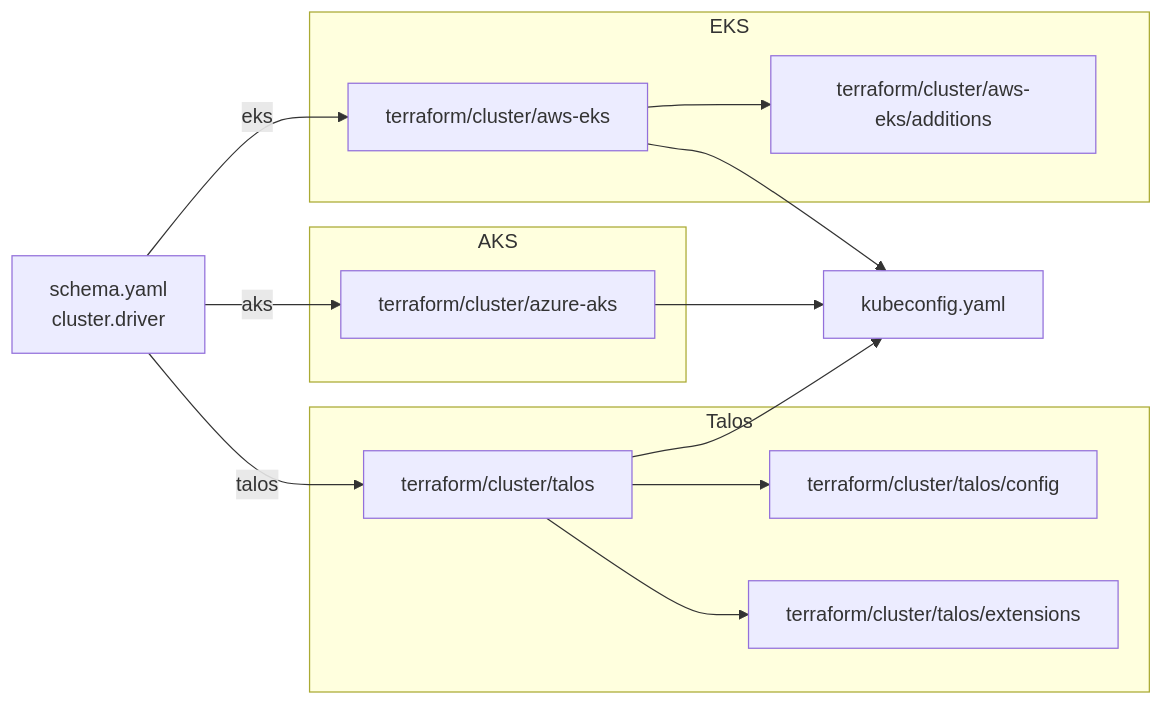
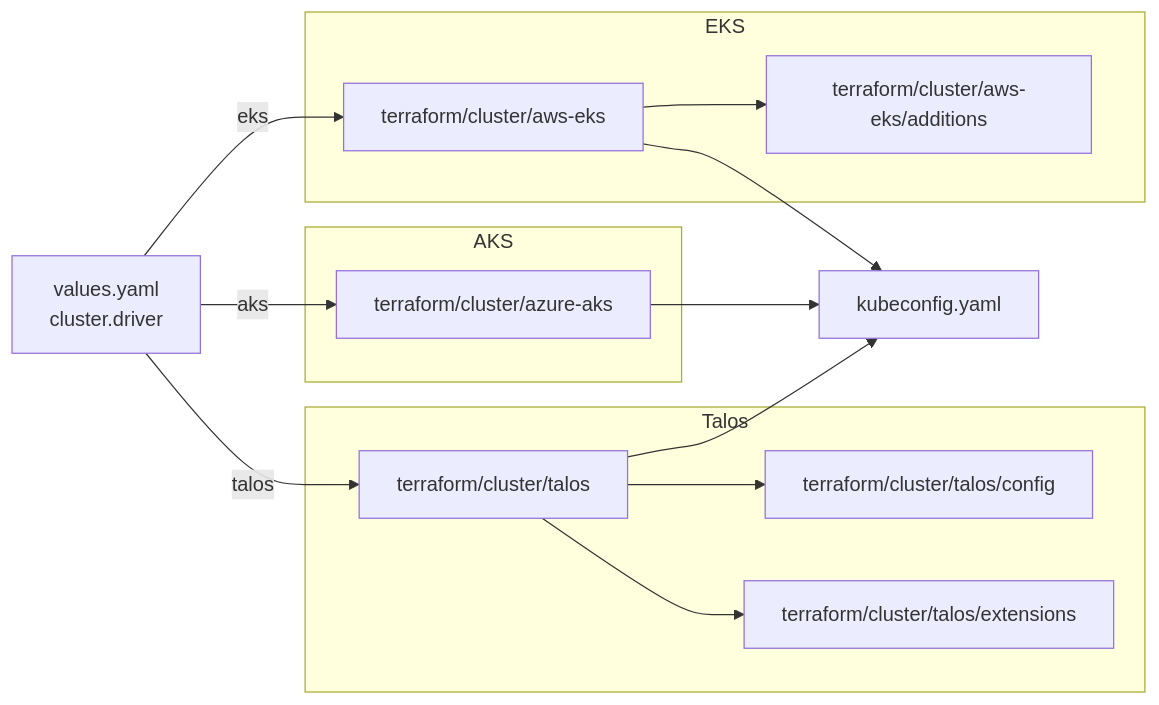
One commit to windsorcli/core changed the diagram in terraform/cluster/README.md. Above: the diagram before and after it, drawn with Mermaid. The commit also changed 7 other files, not shown here.

Commit message:
chore(docs): update README files to replace 'schema' with 'values' in flowcharts

````diff
--- a/terraform/cluster/README.md
+++ b/terraform/cluster/README.md
@@ -17,31 +17,31 @@
 ```mermaid
 flowchart LR
-  schema[schema.yaml<br/>cluster.driver]
+  values[values.yaml<br/>cluster.driver]
 
   subgraph talospath[Talos]
     tfTalos[terraform/cluster/talos]
     tfConfig[terraform/cluster/talos/config]
     tfExt[terraform/cluster/talos/extensions]
   end
 
   subgraph ekspath[EKS]
     tfEks[terraform/cluster/aws-eks]
     tfAdd[terraform/cluster/aws-eks/additions]
   end
 
   subgraph akspath[AKS]
     tfAks[terraform/cluster/azure-aks]
   end
 
   kubeconfig[kubeconfig.yaml]
 
-  schema -->|talos| tfTalos
-  schema -->|eks| tfEks
-  schema -->|aks| tfAks
+  values -->|talos| tfTalos
+  values -->|eks| tfEks
+  values -->|aks| tfAks
   tfTalos --> tfConfig
   tfTalos --> tfExt
   tfEks --> tfAdd
   tfTalos --> kubeconfig
   tfEks --> kubeconfig
   tfAks --> kubeconfig
 ```
````
